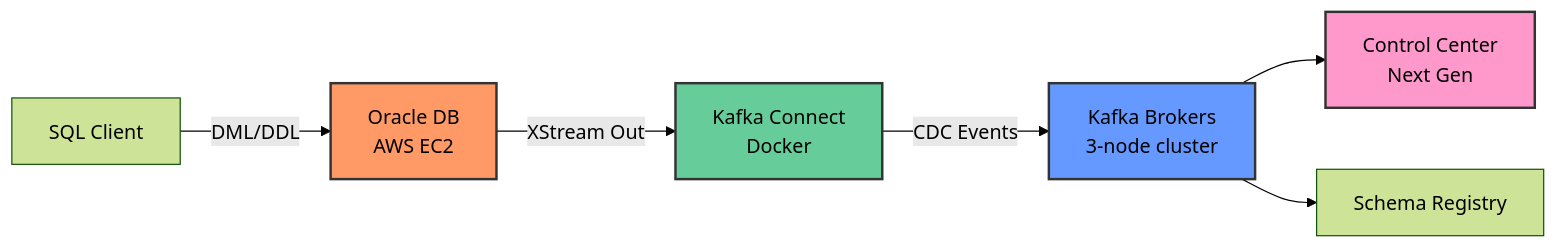
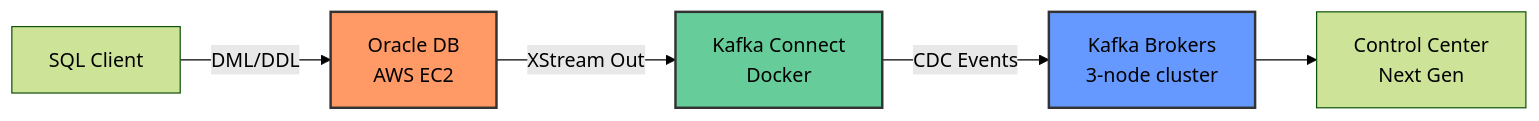
One commit to lrodrigoaguado/oracle-xstream-connector-testing changed the diagram in README.md. Above: the diagram before and after it, drawn with Mermaid (forest theme). The commit also changed other lines of this file, not shown here.

````diff
--- a/README.md
+++ b/README.md
@@ -15,13 +15,11 @@
 ```mermaid
 graph LR
     A[Oracle DB<br/>AWS EC2] -->|XStream Out| B[Kafka Connect<br/>Docker]
     B -->|CDC Events| C[Kafka Brokers<br/>3-node cluster]
     C --> D[Control Center<br/>Next Gen]
-    C --> E[Schema Registry]
     F[SQL Client] -->|DML/DDL| A
 
     style A fill:#f96,stroke:#333,stroke-width:2px
     style B fill:#6c9,stroke:#333,stroke-width:2px
     style C fill:#69f,stroke:#333,stroke-width:2px
-    style D fill:#f9c,stroke:#333,stroke-width:2px
 ```
````
